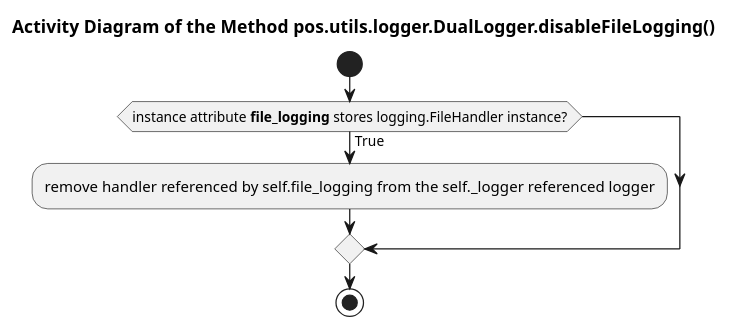
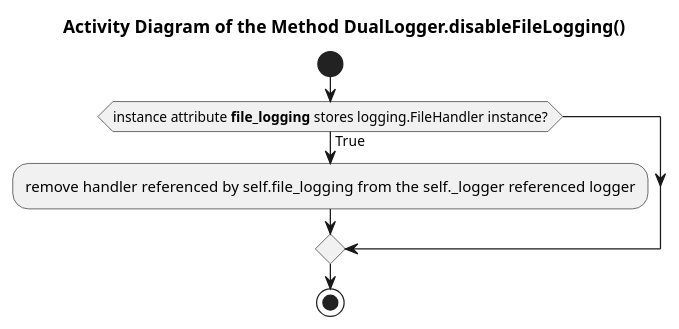
The diagram in Docs/UML/utils/loggers_py/DualLogger.disableFileLogging() Activity.pu (FooBarShebang/pos), drawn with PlantUML before and after one commit. The commit also changed 25 other files, not shown here.

```diff
--- a/Docs/UML/utils/loggers_py/DualLogger.disableFileLogging() Activity.pu
+++ b/Docs/UML/utils/loggers_py/DualLogger.disableFileLogging() Activity.pu
@@ -1,13 +1,13 @@
 @startuml
 
-title Activity Diagram of the Method pos.utils.logger.DualLogger.disableFileLogging()
+title Activity Diagram of the Method DualLogger.disableFileLogging()
 
 start
 
 if (instance attribute <b>file_logging</b> stores logging.FileHandler instance?) then (True)
     :remove handler referenced by self.file_logging from the self._logger referenced logger;
 endif
 
 stop
 
 @enduml
```
